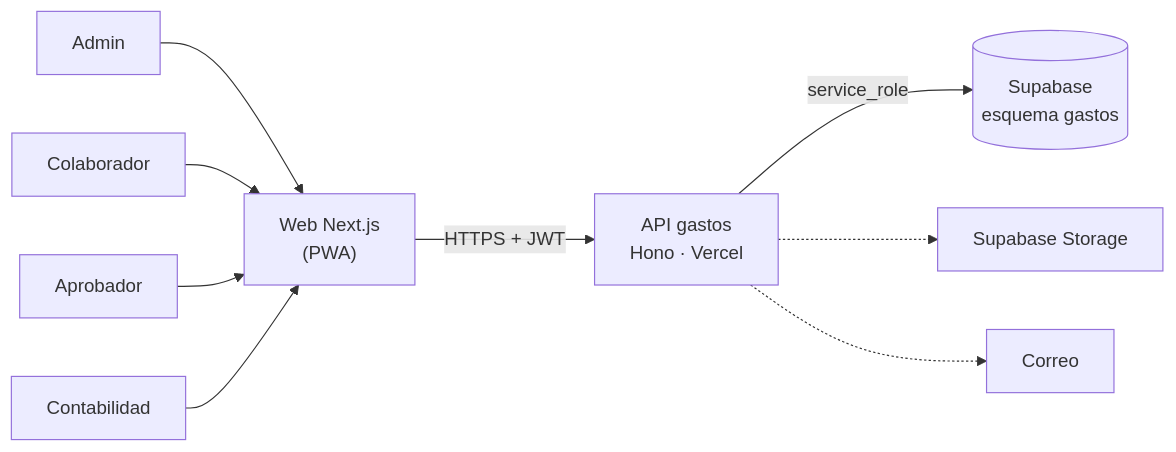
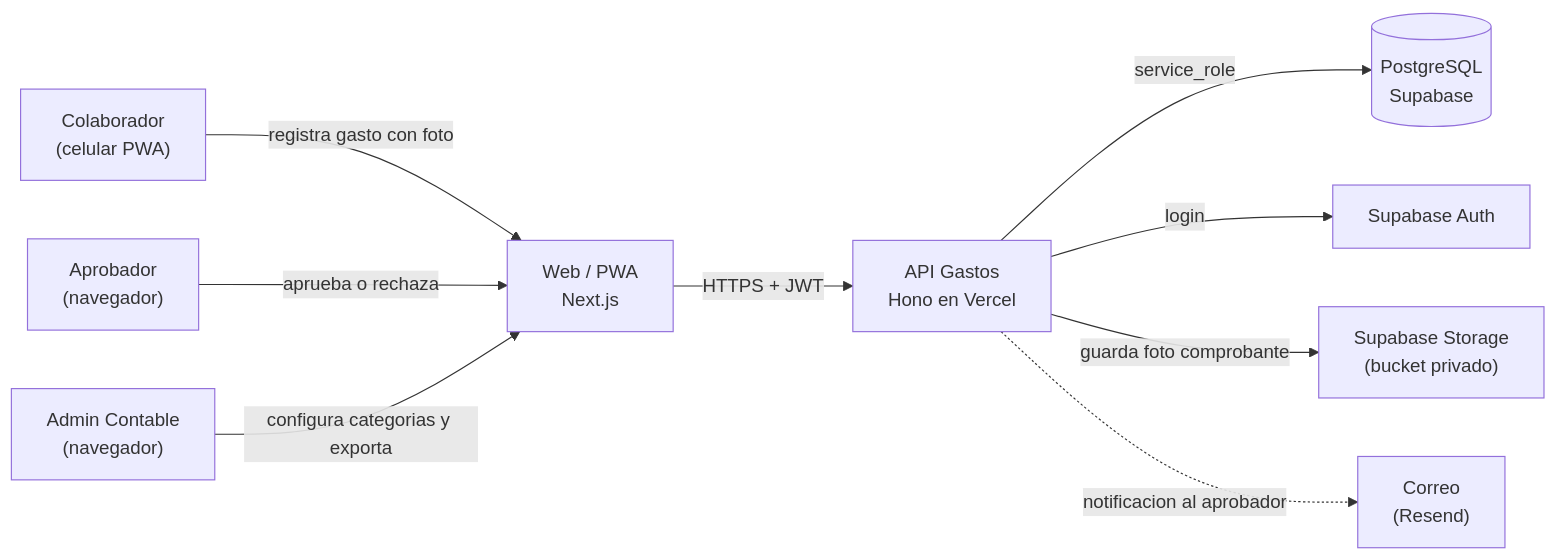
Before and after one commit to brayanChapo/novatech-microapps: the first of 4 diagrams in 11-rendicion-gastos/docs/02-arquitectura.md, drawn with Mermaid. The commit also changed other lines of this file and 28 other files, not shown here.

````diff
--- a/11-rendicion-gastos/docs/02-arquitectura.md
+++ b/11-rendicion-gastos/docs/02-arquitectura.md
@@ -5,12 +7,11 @@
 ```mermaid
 flowchart LR
-    U0["Admin"] --> WEB
-    U1["Colaborador"] --> WEB
-    U2["Aprobador"] --> WEB
-    U3["Contabilidad"] --> WEB
-    WEB["Web Next.js<br/>(PWA)"] -->|HTTPS + JWT| API["API gastos<br/>Hono · Vercel"]
-    
-    API -->|service_role| DB[("Supabase<br/>esquema gastos")]
-    API -.-> I0["Supabase Storage"]
-    API -.-> I1["Correo"]
+    COL["Colaborador\n(celular PWA)"] -->|registra gasto con foto| WEB["Web / PWA\nNext.js"]
+    APR["Aprobador\n(navegador)"] -->|aprueba o rechaza| WEB
+    ADM["Admin Contable\n(navegador)"] -->|configura categorias y exporta| WEB
+    WEB -->|HTTPS + JWT| API["API Gastos\nHono en Vercel"]
+    API -->|service_role| DB[("PostgreSQL\nSupabase")]
+    API -->|login| AUTH["Supabase Auth"]
+    API -->|guarda foto comprobante| STO["Supabase Storage\n(bucket privado)"]
+    API -.->|notificacion al aprobador| MAIL["Correo\n(Resend)"]
 ```
````
